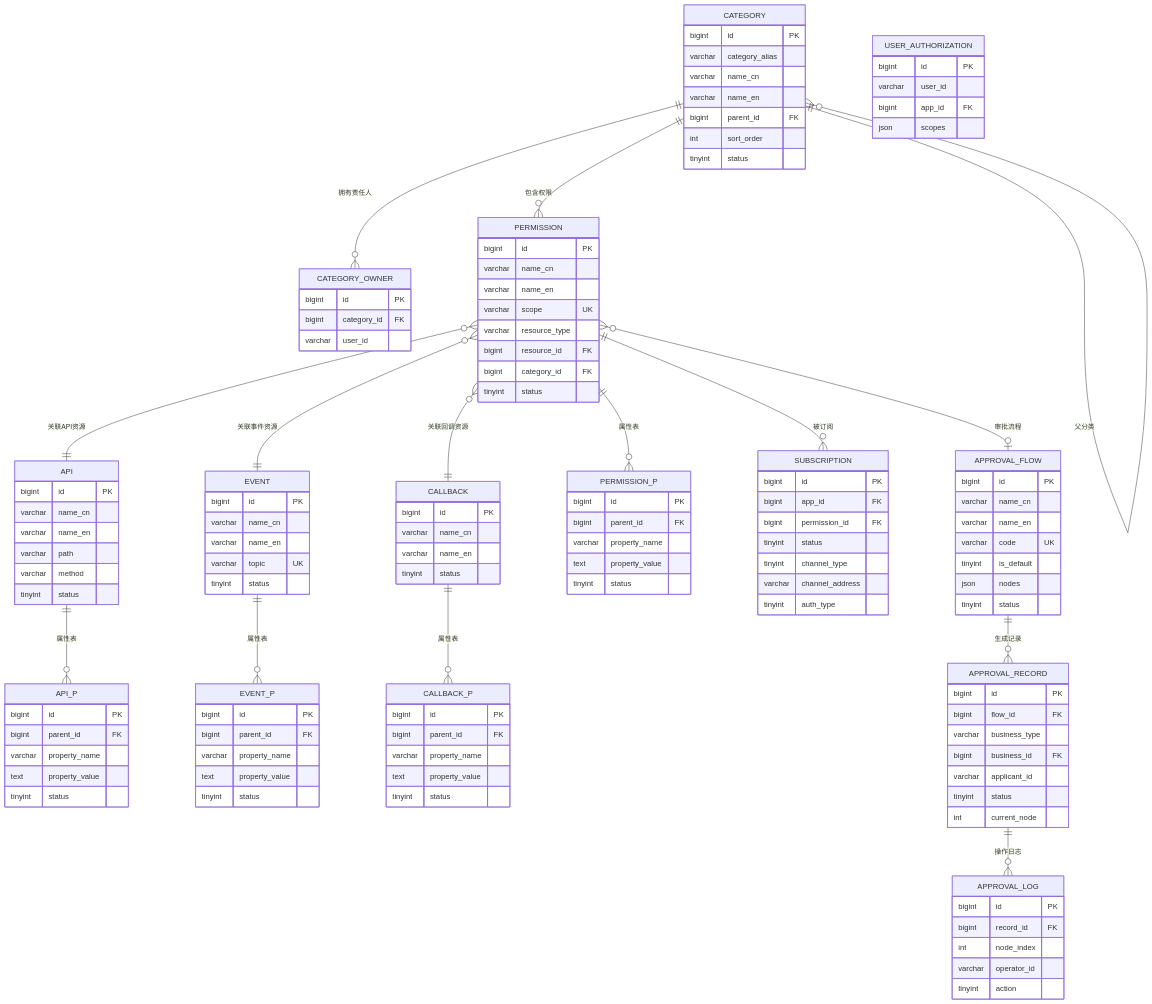
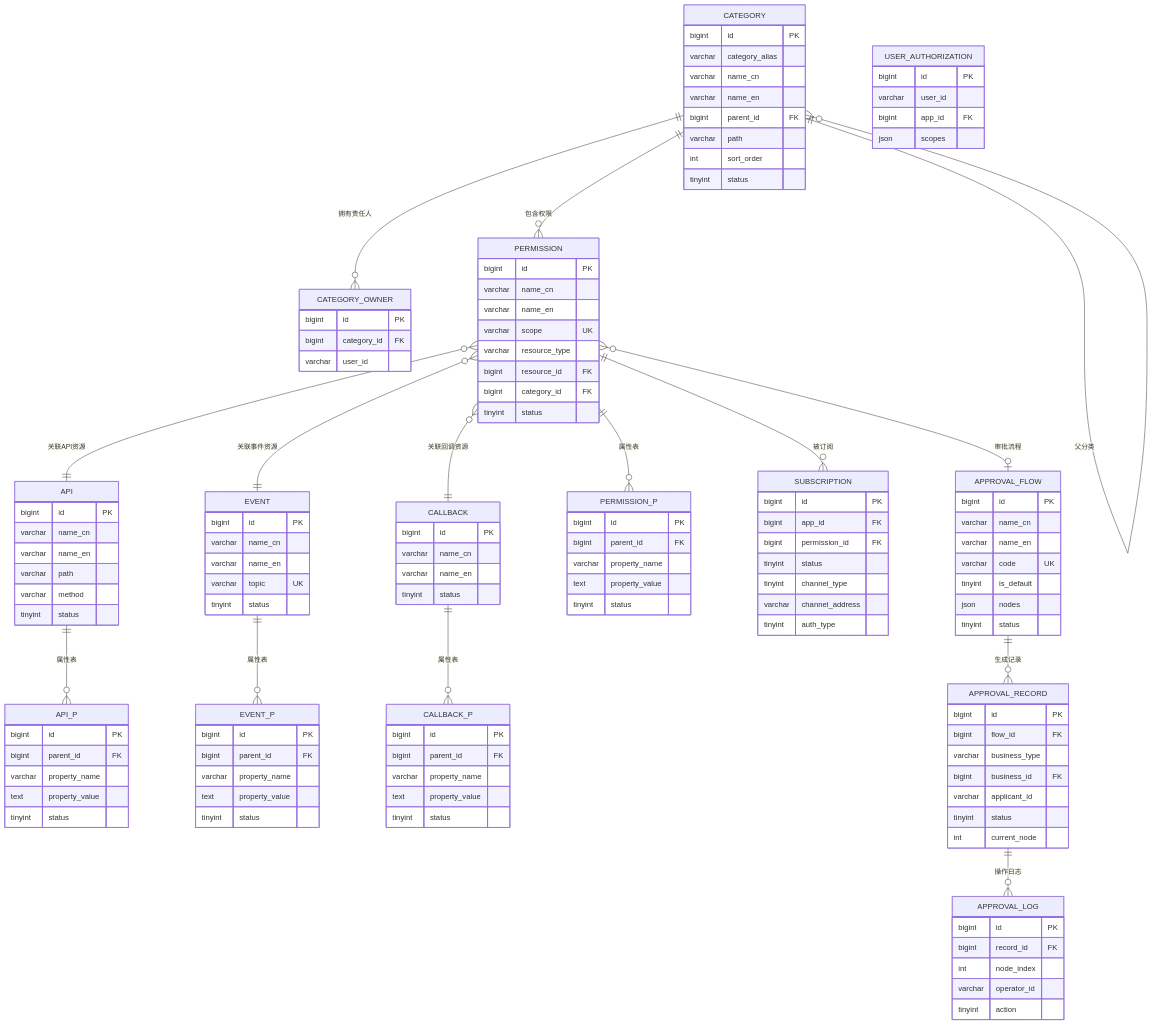
One commit to THZSummer/open-app changed the sixth of 6 diagrams in .sddu/specs-tree-root/specs-tree-capability-open-platform/plan.md. Above: the diagram before and after it, drawn with Mermaid. The commit also changed other lines of this file, not shown here.

First line of the commit message:
feat(plan): 分类表增加 path 字段优化子树查询

```diff
--- a/.sddu/specs-tree-root/specs-tree-capability-open-platform/plan.md
+++ b/.sddu/specs-tree-root/specs-tree-capability-open-platform/plan.md
@@ -605,6 +605,7 @@
         varchar name_cn
         varchar name_en
         bigint parent_id FK
+        varchar path
         int sort_order
         tinyint status
     }
```
